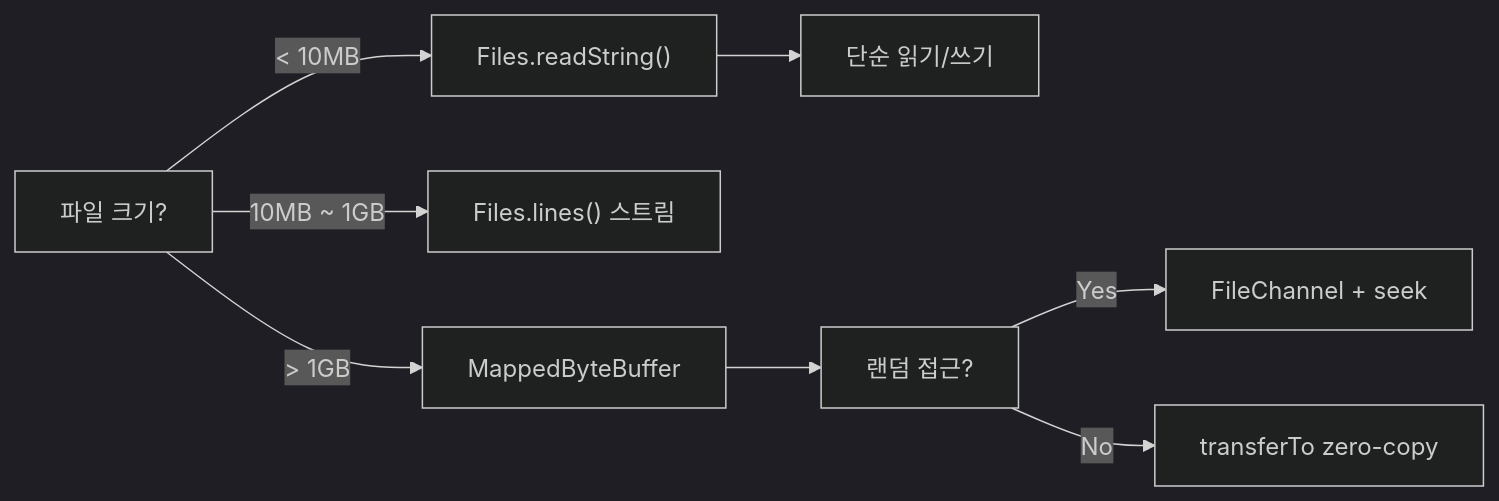
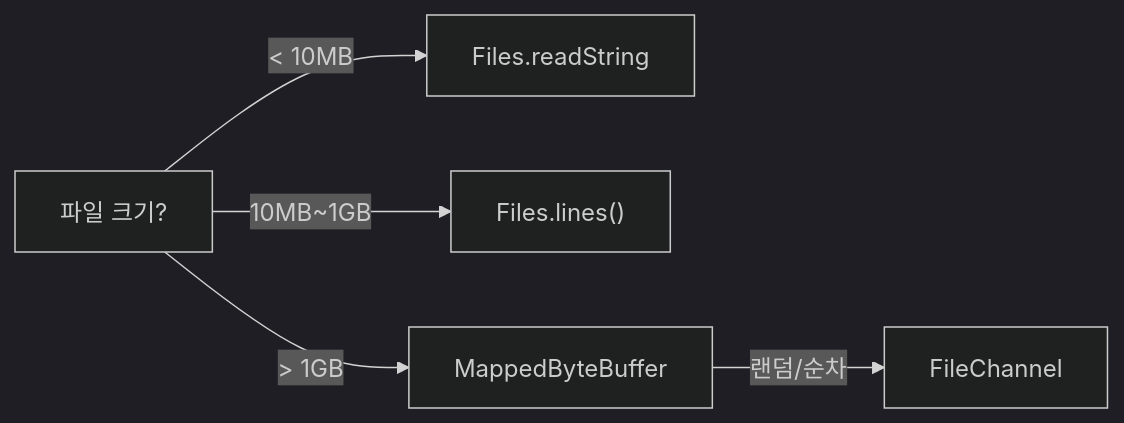
The eighth of 8 diagrams in _posts/java/2026-05-01-java-io.md (yjkim2015/yjkim2015.github.io), drawn with Mermaid (dark theme) before and after one commit. The commit also changed other lines of this file and 245 other files, not shown here.

First line of the commit message:
Mermaid 다이어그램 전면 수정 + 면접 포인트 접기/펼치기 + DB 데드락 페이지

````diff
--- a/_posts/java/2026-05-01-java-io.md
+++ b/_posts/java/2026-05-01-java-io.md
@@ -1464,10 +1464,7 @@
 ```mermaid
 graph LR
-    Q1["파일 크기?"] -->|"< 10MB"| FILES["Files.readString()"]
-    Q1 -->|"10MB ~ 1GB"| LINES["Files.lines() 스트림"]
+    Q1["파일 크기?"] -->|"< 10MB"| FILES["Files.readString"]
+    Q1 -->|"10MB~1GB"| LINES["Files.lines()"]
     Q1 -->|"> 1GB"| MMAP["MappedByteBuffer"]
-    FILES --> Q2["단순 읽기/쓰기"]
-    MMAP --> Q3["랜덤 접근?"]
-    Q3 -->|"Yes"| FC["FileChannel + seek"]
-    Q3 -->|"No"| COPY["transferTo zero-copy"]
+    MMAP -->|"랜덤/순차"| FC["FileChannel"]
 ```
````
